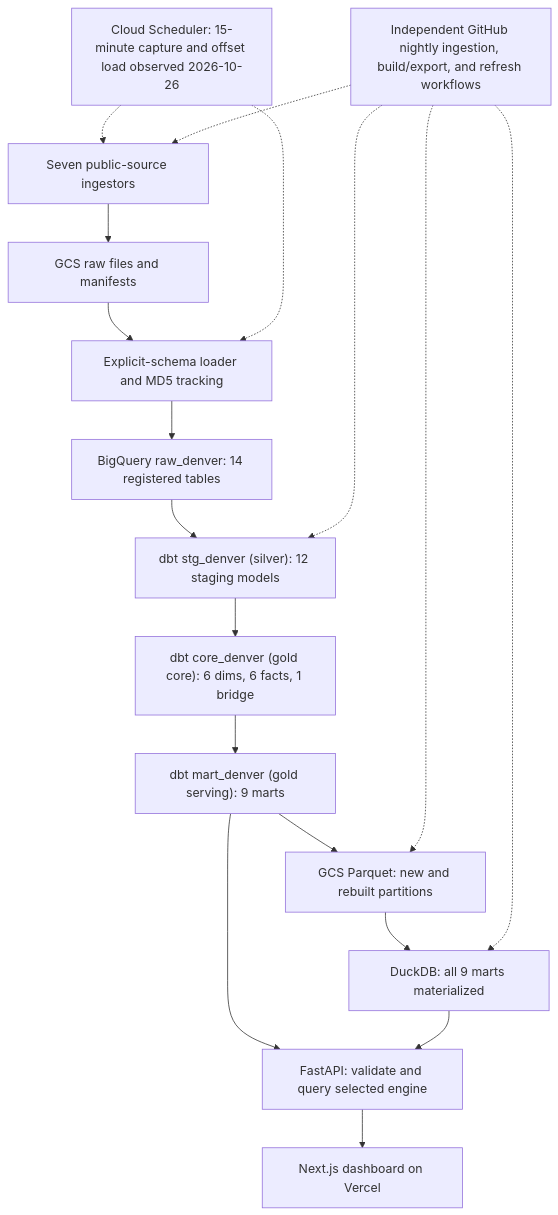
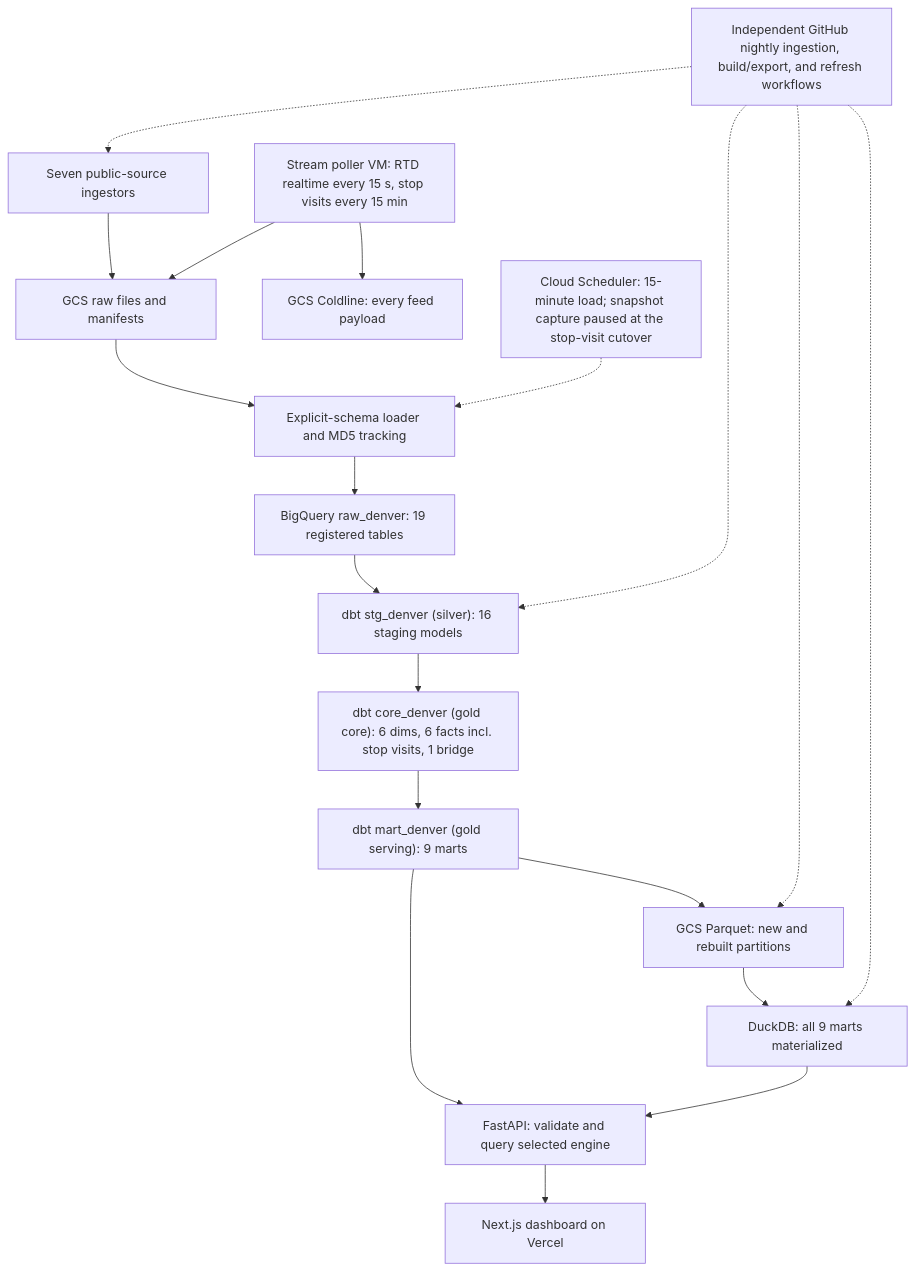
The diagram in docs/diagrams/pipeline.mmd (medsidd/whyline-denver), drawn with Mermaid before and after one commit. The commit also changed 29 other files, not shown here.

```diff
--- a/docs/diagrams/pipeline.mmd
+++ b/docs/diagrams/pipeline.mmd
@@ -1,20 +1,21 @@
 flowchart TB
   accTitle: WhyLine Denver processing and serving
   accDescr: Public sources flow into GCS and BigQuery, through dbt and Parquet into DuckDB, then FastAPI and Next.js.
   sources["Seven public-source ingestors"] --> raw["GCS raw files and manifests"]
+  stream["Stream poller VM: RTD realtime every 15 s, stop visits every 15 min"] --> raw
+  stream --> archive["GCS Coldline: every feed payload"]
   raw --> loader["Explicit-schema loader and MD5 tracking"]
-  loader --> bronze["BigQuery raw_denver: 14 registered tables"]
-  bronze --> silver["dbt stg_denver (silver): 12 staging models"]
-  silver --> core["dbt core_denver (gold core): 6 dims, 6 facts, 1 bridge"]
+  loader --> bronze["BigQuery raw_denver: 19 registered tables"]
+  bronze --> silver["dbt stg_denver (silver): 16 staging models"]
+  silver --> core["dbt core_denver (gold core): 6 dims, 6 facts incl. stop visits, 1 bridge"]
   core --> gold["dbt mart_denver (gold serving): 9 marts"]
   gold --> exports["GCS Parquet: new and rebuilt partitions"]
   exports --> duck["DuckDB: all 9 marts materialized"]
   gold --> api["FastAPI: validate and query selected engine"]
   duck --> api
   api --> web["Next.js dashboard on Vercel"]
-  scheduler["Cloud Scheduler: 15-minute capture and offset load observed 2026-10-26"] -.-> sources
-  scheduler -.-> loader
+  scheduler["Cloud Scheduler: 15-minute load; snapshot capture paused at the stop-visit cutover"] -.-> loader
   nightly["Independent GitHub nightly ingestion, build/export, and refresh workflows"] -.-> sources
   nightly -.-> silver
   nightly -.-> exports
   nightly -.-> duck
```
